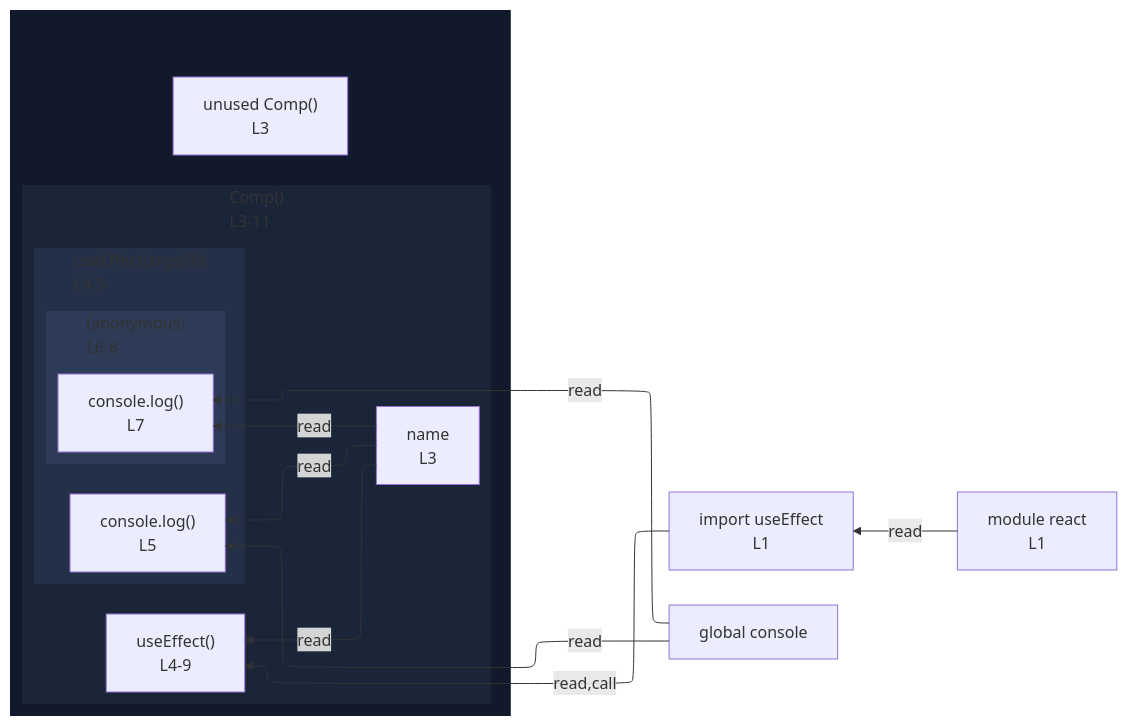
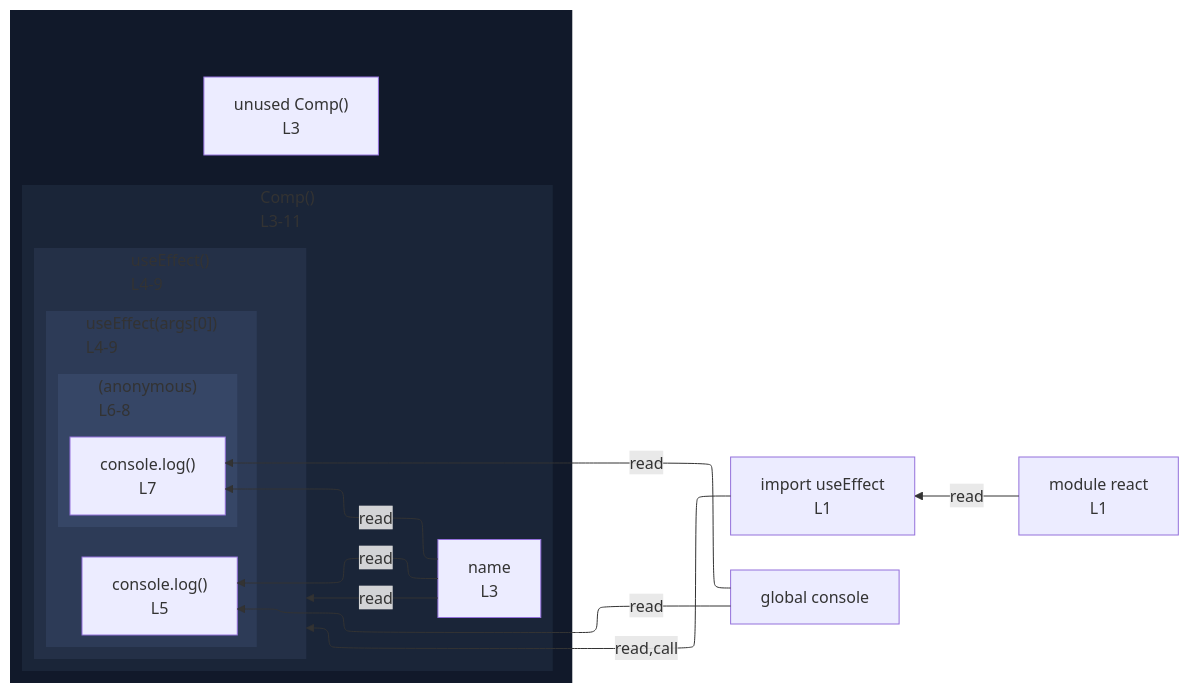
One commit to crescware/unsnarl changed the diagram in integration/fixtures/jsx/use-effect/preview.md. Above: the diagram before and after it, drawn with Mermaid. The commit also changed 39 other files, not shown here.

````diff
--- a/integration/fixtures/jsx/use-effect/preview.md
+++ b/integration/fixtures/jsx/use-effect/preview.md
@@ -21,39 +21,43 @@
 ```mermaid
 %%{init: {"flowchart": {"defaultRenderer": "elk"}}}%%
 flowchart RL
   n_scope_0_useEffect_9["import useEffect<br/>L1"]
   n_scope_0_console_107["global console"]
   subgraph wrap_s_scope_1[" "]
     direction TB
     n_scope_0_Comp_42["unused Comp()<br/>L3"]
     subgraph s_scope_1["Comp()<br/>L3-11"]
       direction RL
       n_scope_1_name_52["name<br/>L3"]
-      expr_stmt_85["useEffect()<br/>L4-9"]
-      subgraph s_scope_2["useEffect(args[0])<br/>L4-9"]
+      subgraph expr_stmt_85["useEffect()<br/>L4-9"]
         direction RL
-        expr_stmt_107["console.log()<br/>L5"]
-        subgraph s_scope_3["(anonymous)<br/>L6-8"]
+        subgraph s_scope_2["useEffect(args[0])<br/>L4-9"]
           direction RL
-          expr_stmt_161["console.log()<br/>L7"]
+          expr_stmt_107["console.log()<br/>L5"]
+          subgraph s_scope_3["(anonymous)<br/>L6-8"]
+            direction RL
+            expr_stmt_161["console.log()<br/>L7"]
+          end
         end
       end
     end
   end
   n_scope_0_useEffect_9 -->|read,call| expr_stmt_85
   n_scope_0_console_107 -->|read| expr_stmt_107
   n_scope_1_name_52 -->|read| expr_stmt_107
   n_scope_0_console_107 -->|read| expr_stmt_161
   n_scope_1_name_52 -->|read| expr_stmt_161
   n_scope_1_name_52 -->|read| expr_stmt_85
   mod_react["module react<br/>L1"]
   mod_react -->|read| n_scope_0_useEffect_9
   classDef nestL1 fill:#11192a,stroke:transparent;
   class wrap_s_scope_1 nestL1;
   classDef nestL2 fill:#1a2538,stroke:transparent;
   class s_scope_1 nestL2;
   classDef nestL3 fill:#243047,stroke:transparent;
-  class s_scope_2 nestL3;
+  class expr_stmt_85 nestL3;
   classDef nestL4 fill:#2d3b57,stroke:transparent;
-  class s_scope_3 nestL4;
+  class s_scope_2 nestL4;
+  classDef nestL5 fill:#364666,stroke:transparent;
+  class s_scope_3 nestL5;
 ```
````
